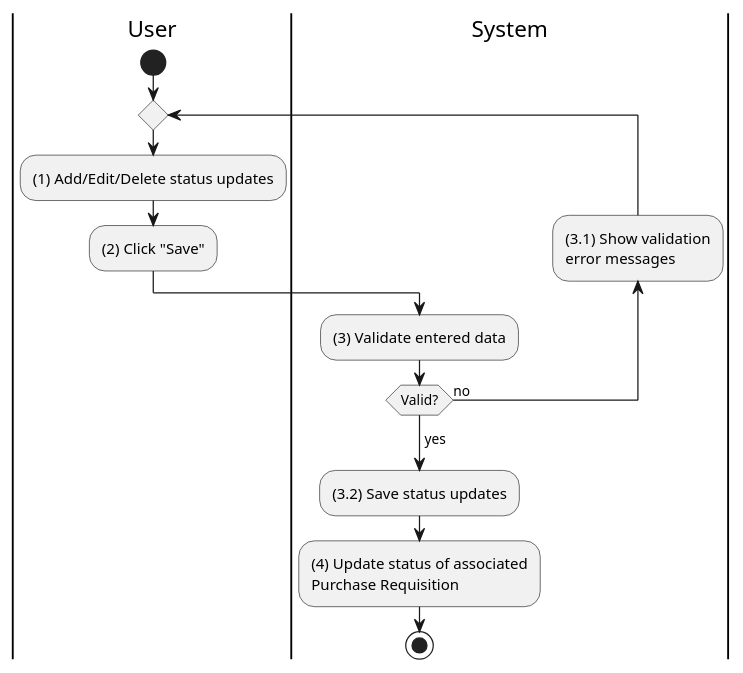
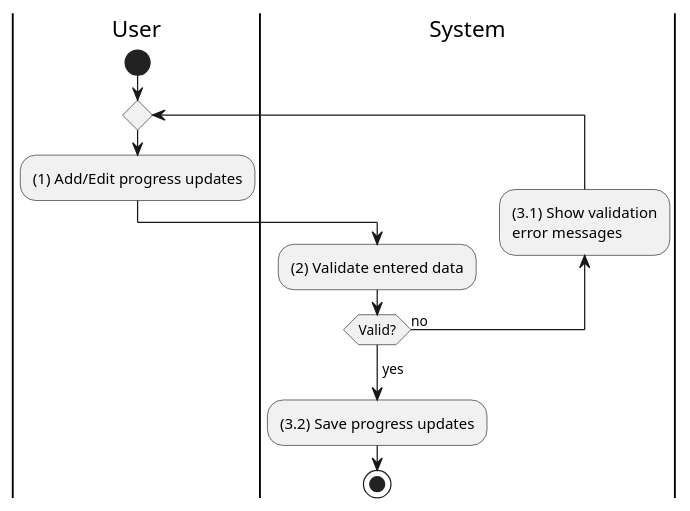
One commit to phihungha/scmss-reqs changed the diagram in activities/purchase-order-update-progress.plantuml. Above: the diagram before and after it, drawn with PlantUML. The commit also changed 9 other files, not shown here.

```diff
--- a/activities/purchase-order-update-progress.plantuml
+++ b/activities/purchase-order-update-progress.plantuml
@@ -1,20 +1,17 @@
 @startuml purchase-order-update-progress
 |u|User
 |s|System
 
 |u|
 start
 repeat
-    :(1) Add/Edit/Delete status updates;
-    :(2) Click "Save";
-
+    :(1) Add/Edit progress updates;
     |s|
-    :(3) Validate entered data;
+    :(2) Validate entered data;
     backward:(3.1) Show validation
     error messages;
 repeat while (Valid?) is (no)
 ->yes;
-:(3.2) Save status updates;
-:(4) Update status of associated\nPurchase Requisition;
+:(3.2) Save progress updates;
 stop
 @enduml
```
